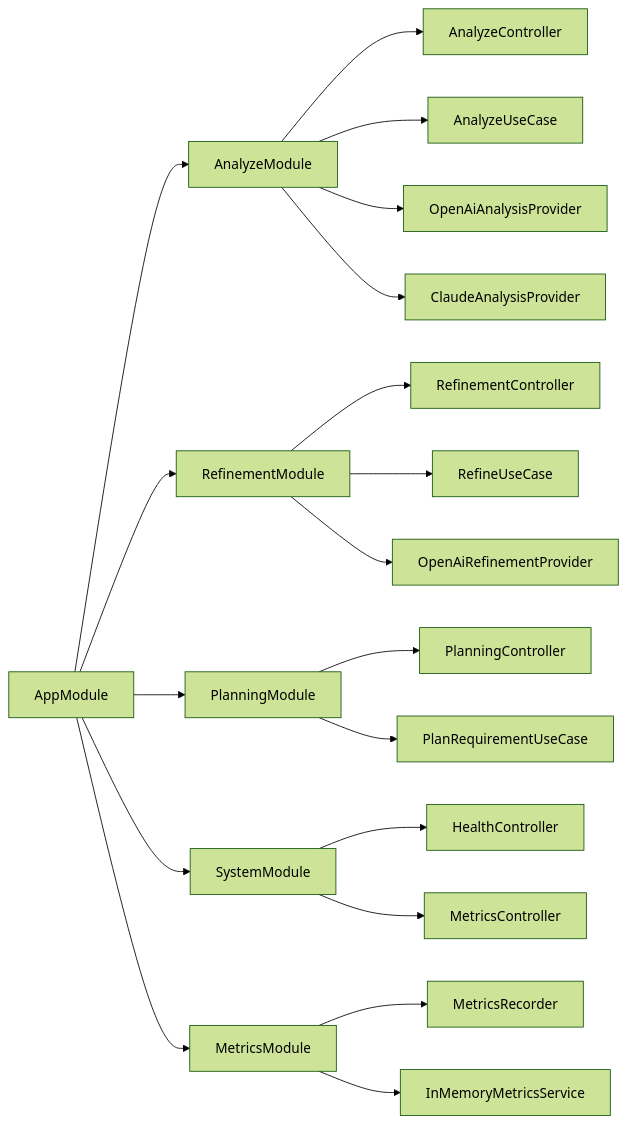
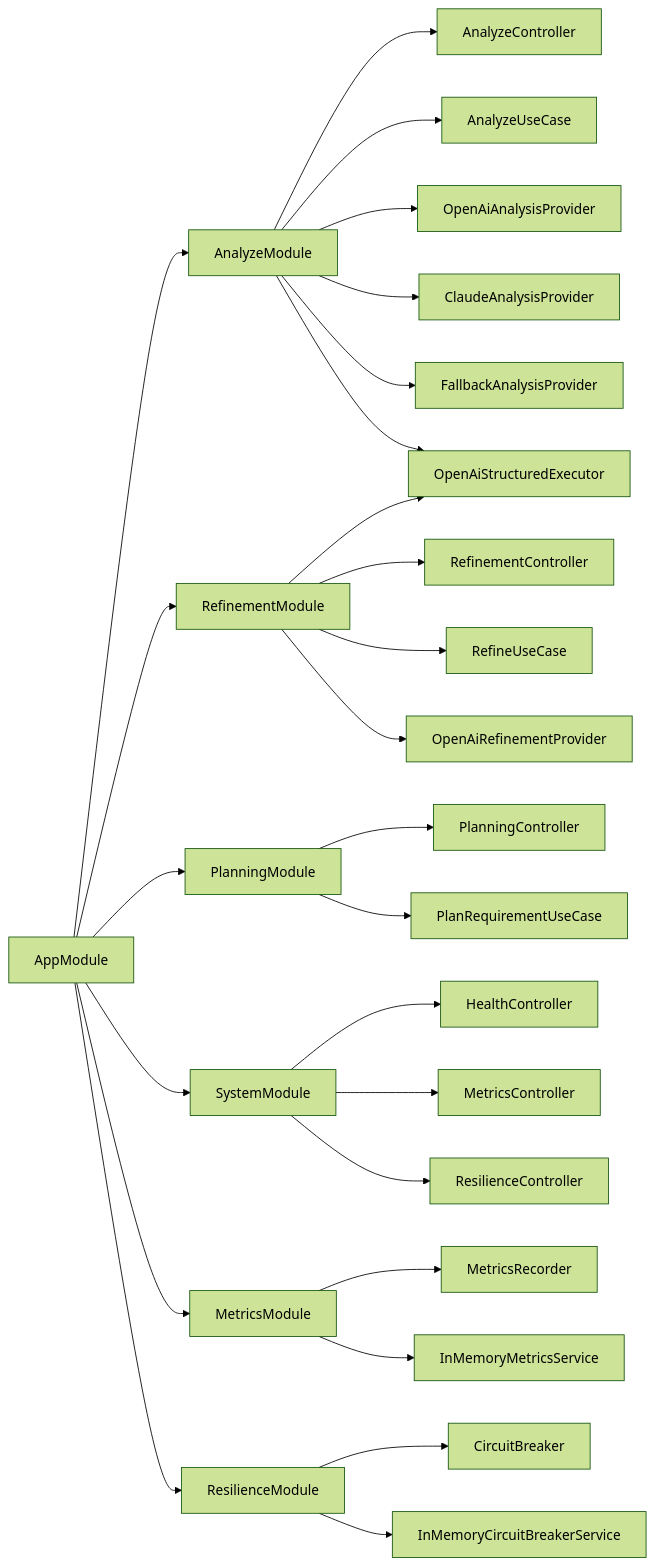
Before and after one commit to gustavoarielms/ai-orchestrator: the diagram in docs/diagrams/module-diagram.md, drawn with Mermaid (forest theme). The commit also changed 11 other files, not shown here.

````diff
--- a/docs/diagrams/module-diagram.md
+++ b/docs/diagrams/module-diagram.md
@@ -3,26 +3,34 @@
 ```mermaid
 flowchart LR
     AppModule --> AnalyzeModule
     AppModule --> RefinementModule
     AppModule --> PlanningModule
     AppModule --> SystemModule
     AppModule --> MetricsModule
+    AppModule --> ResilienceModule
 
     AnalyzeModule --> AnalyzeController
     AnalyzeModule --> AnalyzeUseCase
     AnalyzeModule --> OpenAiAnalysisProvider
     AnalyzeModule --> ClaudeAnalysisProvider
+    AnalyzeModule --> FallbackAnalysisProvider
+    AnalyzeModule --> OpenAiStructuredExecutor
 
     RefinementModule --> RefinementController
     RefinementModule --> RefineUseCase
     RefinementModule --> OpenAiRefinementProvider
+    RefinementModule --> OpenAiStructuredExecutor
 
     PlanningModule --> PlanningController
     PlanningModule --> PlanRequirementUseCase
 
     SystemModule --> HealthController
     SystemModule --> MetricsController
+    SystemModule --> ResilienceController
 
     MetricsModule --> MetricsRecorder
     MetricsModule --> InMemoryMetricsService
+
+    ResilienceModule --> CircuitBreaker
+    ResilienceModule --> InMemoryCircuitBreakerService
 ```
````
